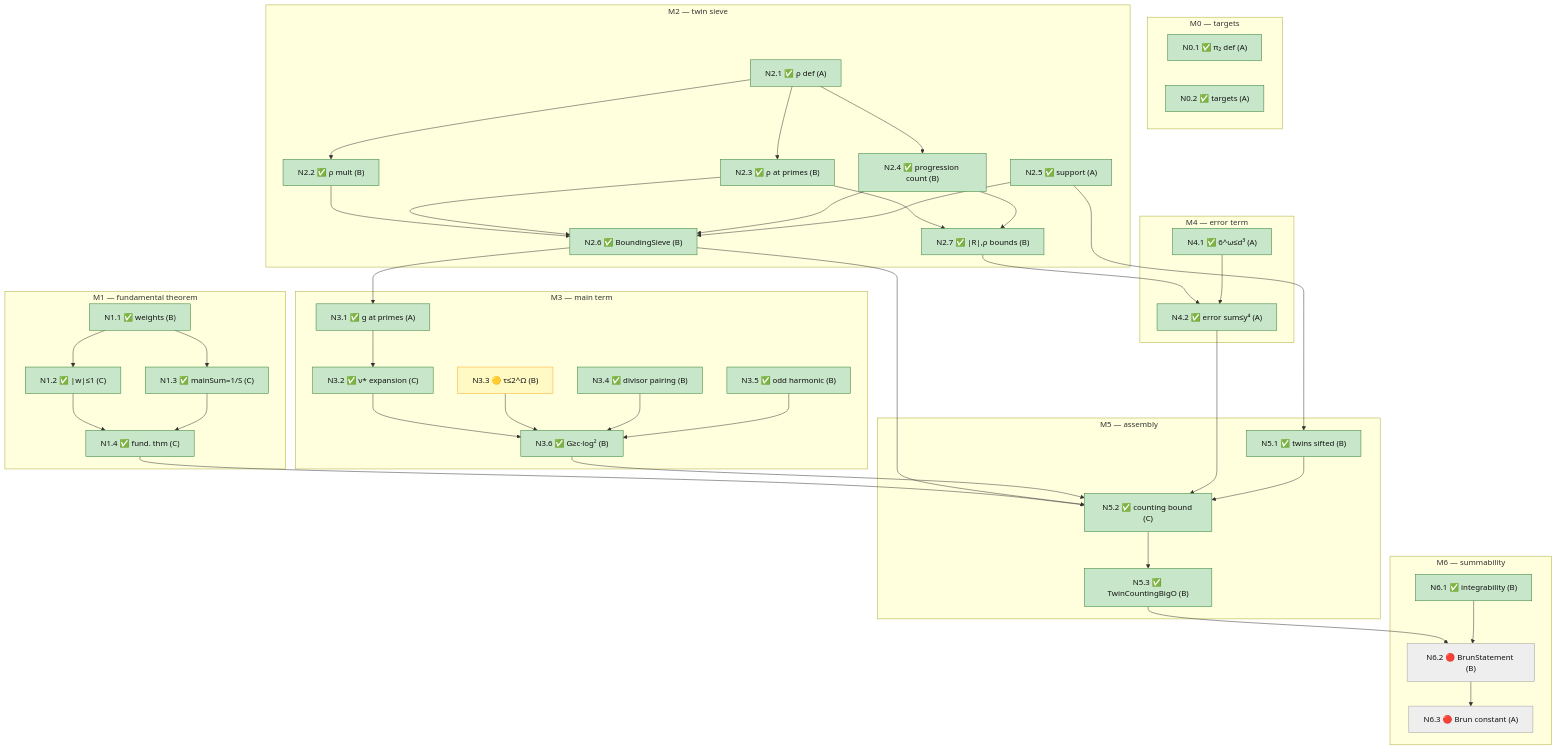
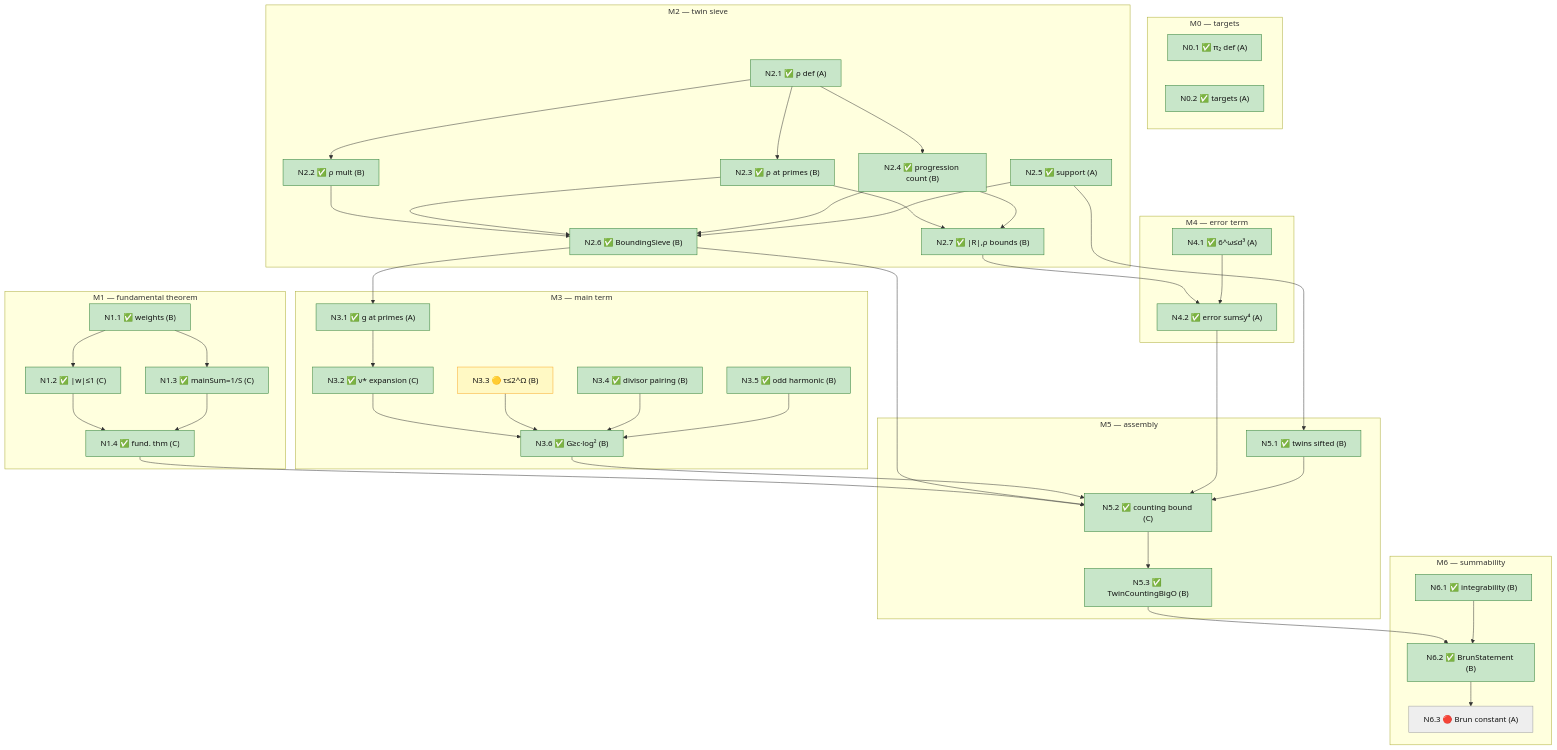
One commit to jyh/salt changed the second of 2 diagrams in docs/blueprints/brun-guide.md. Above: the diagram before and after it, drawn with Mermaid. The commit also changed other lines of this file and 3 other files, not shown here.

First line of the commit message:
brun: N6.2 BrunStatement -- Brun's theorem is proved

````diff
--- a/docs/blueprints/brun-guide.md
+++ b/docs/blueprints/brun-guide.md
@@ -243,81 +247,81 @@
 ```mermaid
 flowchart TB
   classDef done fill:#c8e6c9,stroke:#2e7d32,color:#111
   classDef partial fill:#fff9c4,stroke:#f9a825,color:#111
   classDef open fill:#eeeeee,stroke:#9e9e9e,color:#111
   classDef keystone fill:#eeeeee,stroke:#c62828,stroke-width:3px,color:#111
 
   subgraph SM0["M0 — targets"]
     N0_1["N0.1 ✅ π₂ def (A)"]:::done
     N0_2["N0.2 ✅ targets (A)"]:::done
   end
   subgraph SM1["M1 — fundamental theorem"]
     N1_1["N1.1 ✅ weights (B)"]:::done
     N1_2["N1.2 ✅ |w|≤1 (C)"]:::done
     N1_3["N1.3 ✅ mainSum=1/S (C)"]:::done
     N1_4["N1.4 ✅ fund. thm (C)"]:::done
   end
   subgraph SM2["M2 — twin sieve"]
     N2_1["N2.1 ✅ ρ def (A)"]:::done
     N2_2["N2.2 ✅ ρ mult (B)"]:::done
     N2_3["N2.3 ✅ ρ at primes (B)"]:::done
     N2_4["N2.4 ✅ progression count (B)"]:::done
     N2_5["N2.5 ✅ support (A)"]:::done
     N2_6["N2.6 ✅ BoundingSieve (B)"]:::done
     N2_7["N2.7 ✅ |R|,ρ bounds (B)"]:::done
   end
   subgraph SM3["M3 — main term"]
     N3_1["N3.1 ✅ g at primes (A)"]:::done
     N3_2["N3.2 ✅ ν* expansion (C)"]:::done
     N3_3["N3.3 🟡 τ≤2^Ω (B)"]:::partial
     N3_4["N3.4 ✅ divisor pairing (B)"]:::done
     N3_5["N3.5 ✅ odd harmonic (B)"]:::done
     N3_6["N3.6 ✅ G≥c·log² (B)"]:::done
   end
   subgraph SM4["M4 — error term"]
     N4_1["N4.1 ✅ 6^ω≤d³ (A)"]:::done
     N4_2["N4.2 ✅ error sum≤y⁴ (A)"]:::done
   end
   subgraph SM5["M5 — assembly"]
     N5_1["N5.1 ✅ twins sifted (B)"]:::done
     N5_2["N5.2 ✅ counting bound (C)"]:::done
     N5_3["N5.3 ✅ TwinCountingBigO (B)"]:::done
   end
   subgraph SM6["M6 — summability"]
     N6_1["N6.1 ✅ integrability (B)"]:::done
-    N6_2["N6.2 🔴 BrunStatement (B)"]:::open
+    N6_2["N6.2 ✅ BrunStatement (B)"]:::done
     N6_3["N6.3 🔴 Brun constant (A)"]:::open
   end
 
   N1_1 --> N1_2
   N1_1 --> N1_3
   N1_2 --> N1_4
   N1_3 --> N1_4
   N2_1 --> N2_2
   N2_1 --> N2_3
   N2_1 --> N2_4
   N2_2 --> N2_6
   N2_3 --> N2_6
   N2_4 --> N2_6
   N2_5 --> N2_6
   N2_3 --> N2_7
   N2_4 --> N2_7
   N2_6 --> N3_1
   N3_1 --> N3_2
   N3_2 --> N3_6
   N3_3 --> N3_6
   N3_4 --> N3_6
   N3_5 --> N3_6
   N2_7 --> N4_2
   N4_1 --> N4_2
   N2_5 --> N5_1
   N1_4 --> N5_2
   N2_6 --> N5_2
   N3_6 --> N5_2
   N4_2 --> N5_2
   N5_1 --> N5_2
   N5_2 --> N5_3
   N5_3 --> N6_2
   N6_1 --> N6_2
   N6_2 --> N6_3
 ```
````
